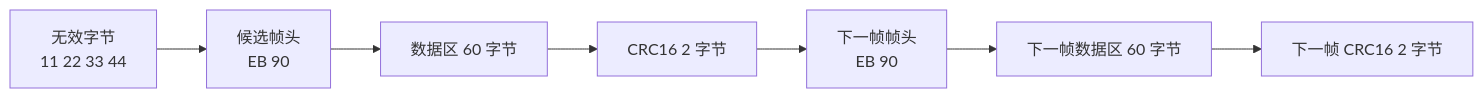
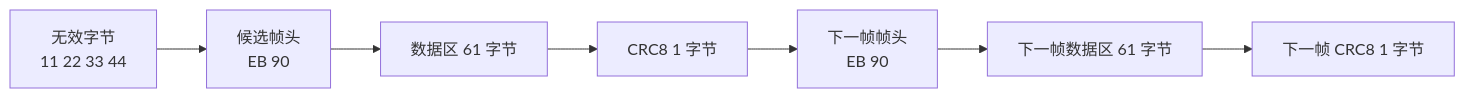
The diagram in docs/frame_sync/05_字节流示例.md (ecuster21/MissionComputerTeach), drawn with Mermaid before and after one commit. The commit also changed 16 other files, not shown here.

````diff
--- a/docs/frame_sync/05_字节流示例.md
+++ b/docs/frame_sync/05_字节流示例.md
@@ -5,9 +5,9 @@
 ```mermaid
 flowchart LR
     A[无效字节<br/>11 22 33 44] --> B[候选帧头<br/>EB 90]
-    B --> C[数据区 60 字节]
-    C --> D[CRC16 2 字节]
+    B --> C[数据区 61 字节]
+    C --> D[CRC8 1 字节]
     D --> E[下一帧帧头<br/>EB 90]
-    E --> F[下一帧数据区 60 字节]
-    F --> G[下一帧 CRC16 2 字节]
+    E --> F[下一帧数据区 61 字节]
+    F --> G[下一帧 CRC8 1 字节]
 ```
````
